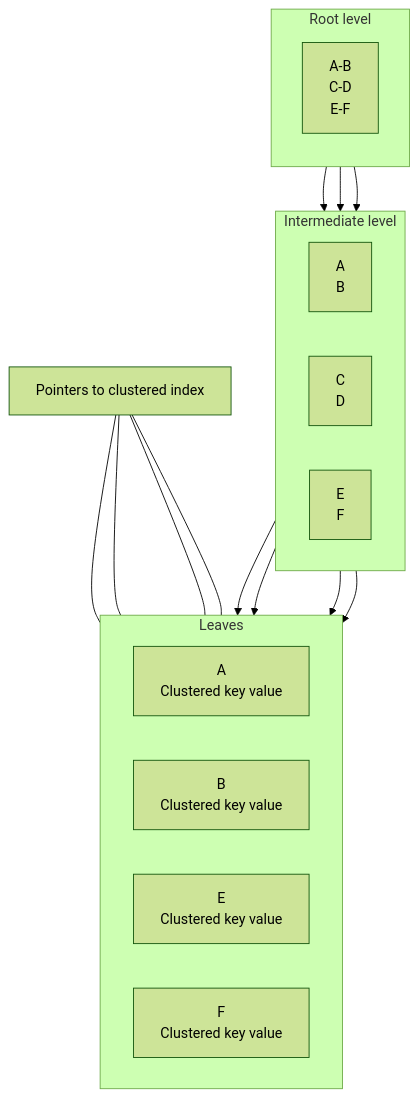
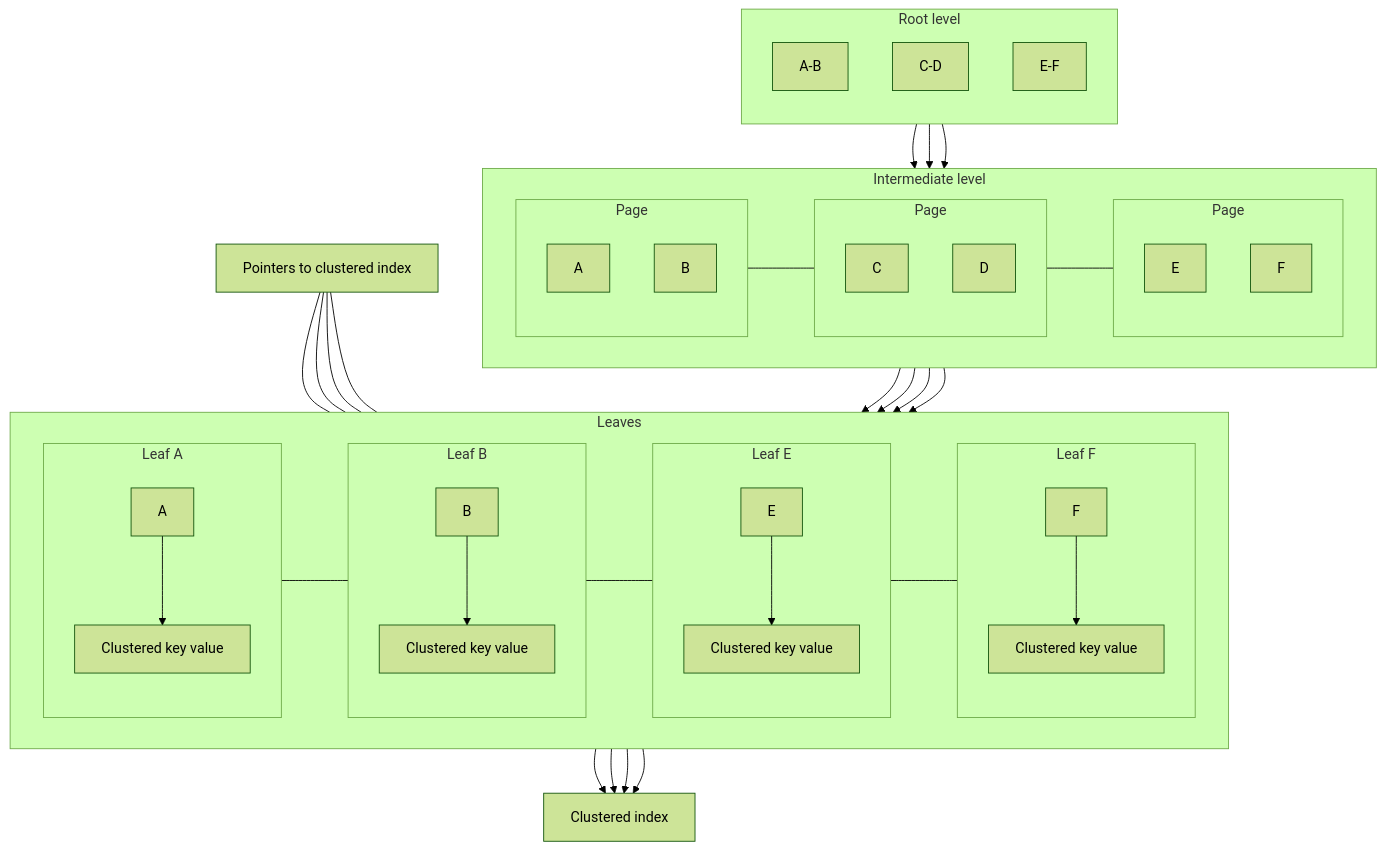
The fourth of 5 diagrams in Software Engineering/03 Data Persistance/SQL/Indexes.md (grafanaKibana/devbook.zip), drawn with Mermaid (forest theme) before and after one commit. The commit also changed other lines of this file and 175 other files, not shown here.

````diff
--- a/Software Engineering/03 Data Persistance/SQL/Indexes.md
+++ b/Software Engineering/03 Data Persistance/SQL/Indexes.md
@@ -198,38 +305,84 @@
 ```mermaid
 flowchart TB
-  subgraph Root[Root level]
+  subgraph RootLevel["Root level"]
     direction TB
-    R["A-B<br/>C-D<br/>E-F"]
+    R_ab["A-B"]
+    R_cd["C-D"]
+    R_ef["E-F"]
   end
 
-  subgraph Mid[Intermediate level]
+  subgraph IntermediateLevel["Intermediate level"]
     direction LR
-    Iab["A<br/>B"]
-    Icd["C<br/>D"]
-    Ief["E<br/>F"]
+    subgraph IabP["Page"]
+      direction TB
+      Iab_a["A"]
+      Iab_b["B"]
+    end
+    subgraph IcdP["Page"]
+      direction TB
+      Icd_c["C"]
+      Icd_d["D"]
+    end
+    subgraph IefP["Page"]
+      direction TB
+      Ief_e["E"]
+      Ief_f["F"]
+    end
   end
 
-  subgraph Leaf[Leaves]
+  subgraph LeafLevel["Leaves"]
     direction LR
-    LA["A<br/>Clustered key value"]
-    LB["B<br/>Clustered key value"]
-    LE["E<br/>Clustered key value"]
-    LF["F<br/>Clustered key value"]
+    subgraph LA_P["Leaf A"]
+      direction TB
+      LA_key["A"]
+      LA_ptr["Clustered key value"]
+      LA_key --> LA_ptr
+    end
+    subgraph LB_P["Leaf B"]
+      direction TB
+      LB_key["B"]
+      LB_ptr["Clustered key value"]
+      LB_key --> LB_ptr
+    end
+    subgraph LE_P["Leaf E"]
+      direction TB
+      LE_key["E"]
+      LE_ptr["Clustered key value"]
+      LE_key --> LE_ptr
+    end
+    subgraph LF_P["Leaf F"]
+      direction TB
+      LF_key["F"]
+      LF_ptr["Clustered key value"]
+      LF_key --> LF_ptr
+    end
   end
 
-  P["Pointers to clustered index"]
+  Ptr["Pointers to clustered index"]
+  CIX["Clustered index"]
 
-  R --> Iab
-  R --> Icd
-  R --> Ief
+  R_ab --> Iab_a
+  R_cd --> Icd_c
+  R_ef --> Ief_e
 
-  Iab --> LA
-  Iab --> LB
-  Ief --> LE
-  Ief --> LF
+  %% Keep intermediate pages aligned left-to-right
+  Iab_a --- Icd_c --- Ief_e
 
-  P --- LA
-  P --- LB
-  P --- LE
-  P --- LF
+  Iab_a --> LA_key
+  Iab_b --> LB_key
+  Ief_e --> LE_key
+  Ief_f --> LF_key
+
+  %% Keep leaves aligned left-to-right
+  LA_key --- LB_key --- LE_key --- LF_key
+
+  Ptr --- LA_ptr
+  Ptr --- LB_ptr
+  Ptr --- LE_ptr
+  Ptr --- LF_ptr
+
+  LA_ptr --> CIX
+  LB_ptr --> CIX
+  LE_ptr --> CIX
+  LF_ptr --> CIX
 ```
````
